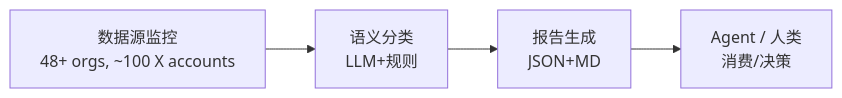
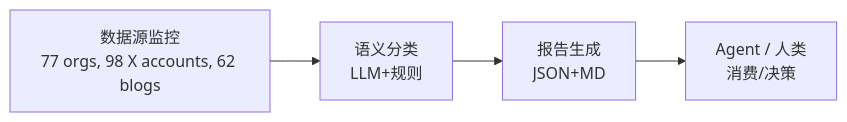
One commit to liuxiaotong/ai-dataset-radar changed the diagram in README.md. Above: the diagram before and after it, drawn with Mermaid. The commit also changed other lines of this file, not shown here.

````diff
--- a/README.md
+++ b/README.md
@@ -31,6 +31,6 @@
 ```mermaid
 graph LR
-    A["数据源监控<br/>48+ orgs, ~100 X accounts"] --> B["语义分类<br/>LLM+规则"]
+    A["数据源监控<br/>77 orgs, 98 X accounts, 62 blogs"] --> B["语义分类<br/>LLM+规则"]
     B --> C["报告生成<br/>JSON+MD"]
     C --> D["Agent / 人类<br/>消费/决策"]
 ```
````
